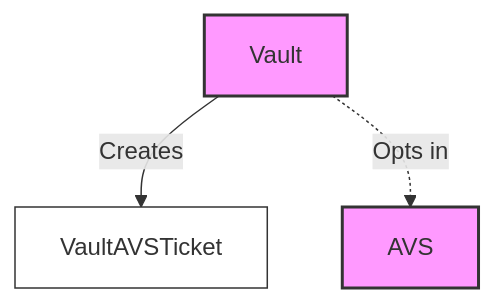
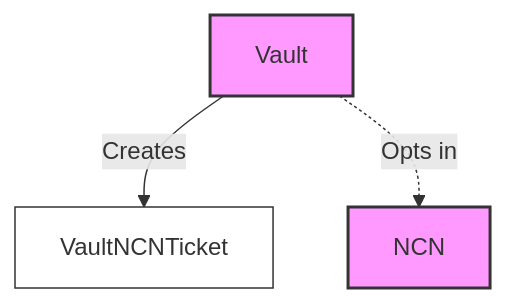
Before and after one commit to jito-foundation/restaking: the first of 4 diagrams in docs/concepts/vault_program.md, drawn with Mermaid. The commit also changed other lines of this file and 61 other files, not shown here.

Commit message:
rename avs -> ncn

````diff
--- a/docs/concepts/vault_program.md
+++ b/docs/concepts/vault_program.md
@@ -52,10 +52,10 @@
 ```mermaid
 graph TD
     classDef main fill: #f9f, stroke: #333, stroke-width: 2px;
     classDef ticket fill: #fff, stroke: #333, stroke-width: 1px;
     Vault[Vault]:::main
-    AVS[AVS]:::main
-    VaultAvsTicket[VaultAVSTicket]:::ticket
-    Vault -->|Creates| VaultAvsTicket
-    Vault -.->|Opts in| AVS
+    NCN[NCN]:::main
+    VaultNcnTicket[VaultNCNTicket]:::ticket
+    Vault -->|Creates| VaultNcnTicket
+    Vault -.->|Opts in| NCN
 ```
````
